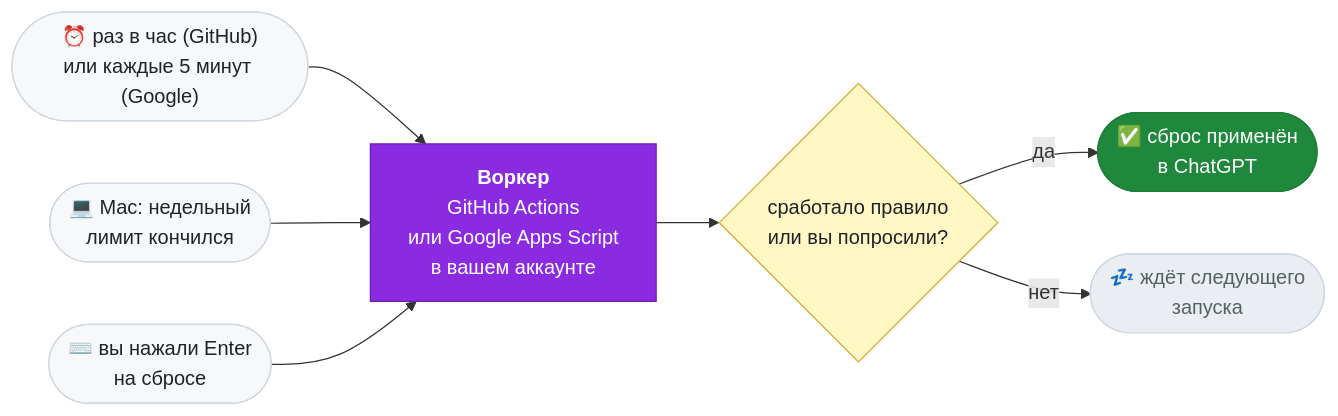
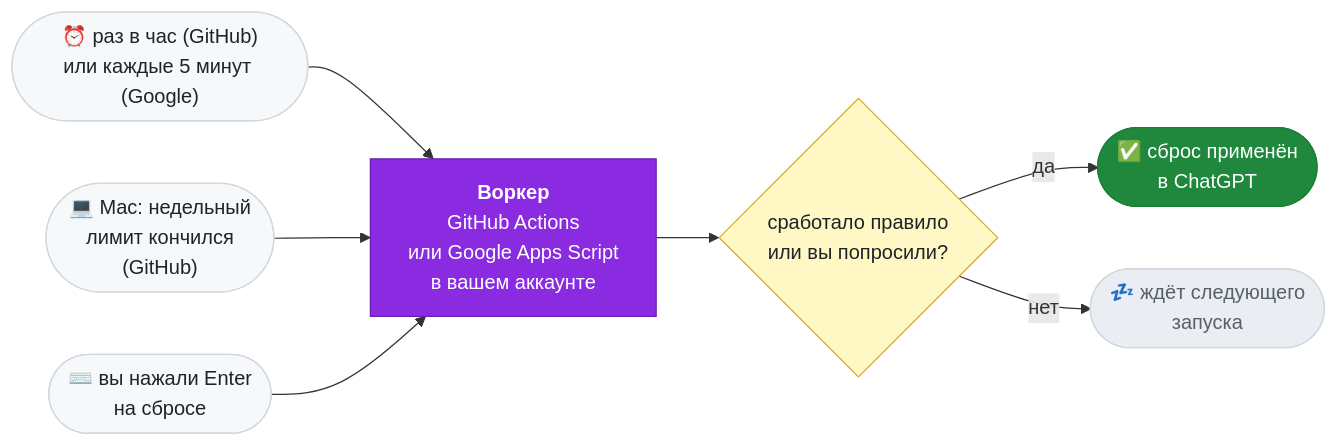
One commit to Keshaqaz/ares changed the diagram in docs/README.ru.md. Above: the diagram before and after it, drawn with Mermaid. The commit also changed other lines of this file and 7 other files, not shown here.

````diff
--- a/docs/README.ru.md
+++ b/docs/README.ru.md
@@ -73,28 +88,28 @@
 ```mermaid
 flowchart LR
   hour(["⏰ раз в час (GitHub)<br/>или каждые 5 минут (Google)"])
-  mac(["💻 Mac: недельный<br/>лимит кончился"])
+  mac(["💻 Mac: недельный<br/>лимит кончился<br/>(GitHub)"])
   you(["⌨️ вы нажали Enter<br/>на сбросе"])
   worker["<b>Воркер</b><br/>GitHub Actions<br/>или Google Apps Script<br/>в вашем аккаунте"]
   due{"сработало правило<br/>или вы попросили?"}
   apply(["✅ сброс применён<br/>в ChatGPT"])
   wait(["💤 ждёт следующего<br/>запуска"])
 
   hour --> worker
   mac --> worker
   you --> worker
   worker --> due
   due -- да --> apply
   due -- нет --> wait
 
   classDef trigger fill:#f6f8fa,stroke:#d0d7de,color:#1f2328
   classDef main fill:#8A2BE2,stroke:#6a1fb0,color:#ffffff
   classDef check fill:#fff8c5,stroke:#d4a72c,color:#1f2328
   classDef ok fill:#1f883d,stroke:#1a7f37,color:#ffffff
   classDef idle fill:#eaeef2,stroke:#d0d7de,color:#57606a
   class hour,mac,you trigger
   class worker main
   class due check
   class apply ok
   class wait idle
 ```
````
